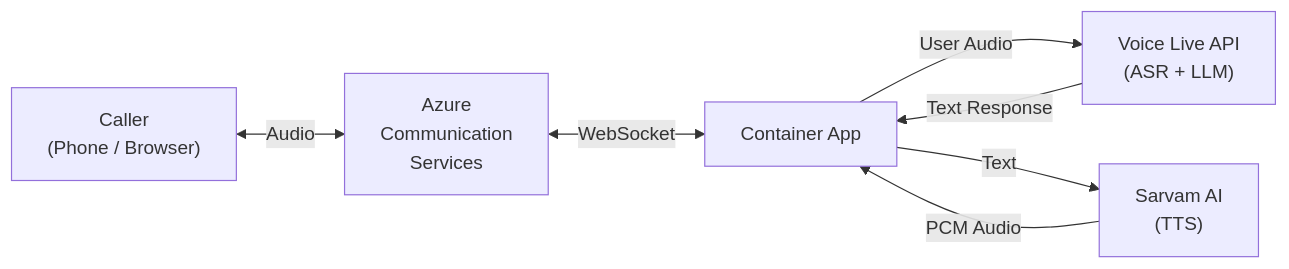
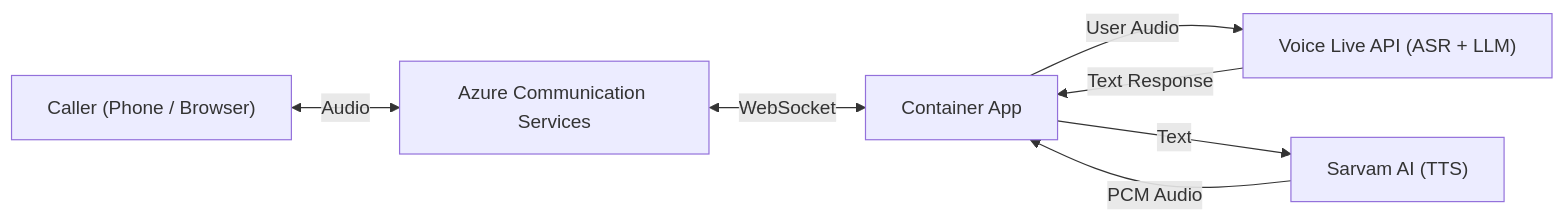
Before and after one commit to ss4aman/azure-voice-live-sarvam-tts: the first of 3 diagrams in README.md, drawn with Mermaid. The commit also changed other lines of this file, not shown here.

Commit message:
Remove line break characters from Mermaid diagram labels

````diff
--- a/README.md
+++ b/README.md
@@ -41,14 +41,14 @@
 ```mermaid
 flowchart LR
-    Caller["Caller\n(Phone / Browser)"]
-    ACS["Azure\nCommunication\nServices"]
+    Caller["Caller (Phone / Browser)"]
+    ACS["Azure Communication Services"]
     App["Container App"]
-    VL["Voice Live API\n(ASR + LLM)"]
-    Sarvam["Sarvam AI\n(TTS)"]
+    VL["Voice Live API (ASR + LLM)"]
+    Sarvam["Sarvam AI (TTS)"]
 
     Caller <-->|"Audio"| ACS <-->|"WebSocket"| App
     App -->|"User Audio"| VL
     VL -->|"Text Response"| App
     App -->|"Text"| Sarvam
     Sarvam -->|"PCM Audio"| App
 ```
````
